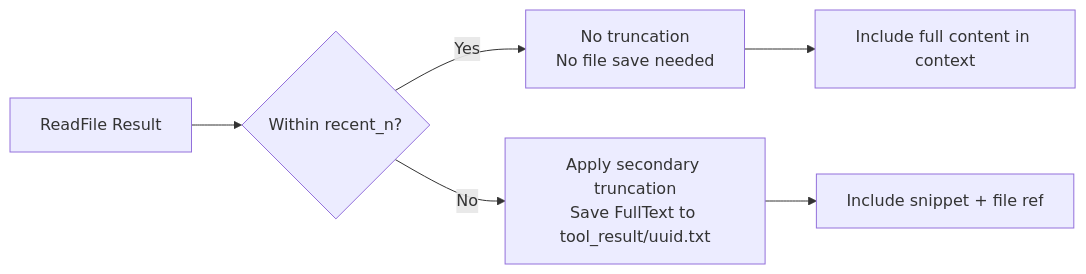
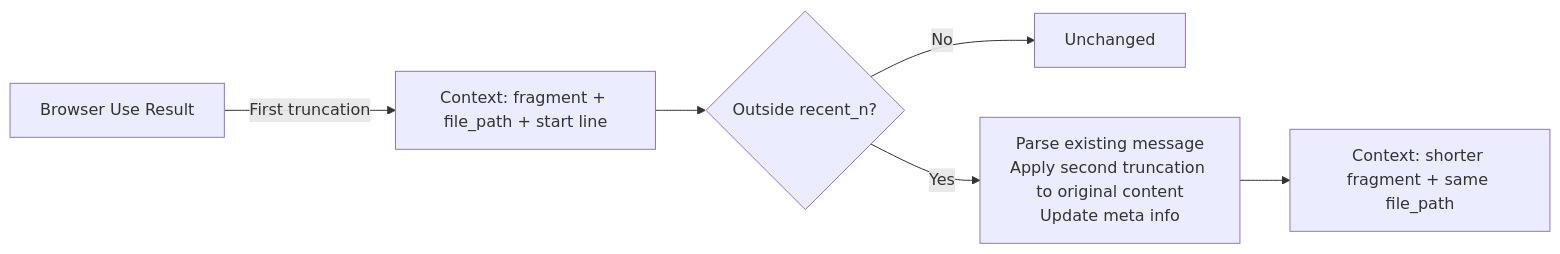
The fourth of 7 diagrams in docs/copaw_context_design.md (lllyyysss77/ReMe), drawn with Mermaid before and after one commit. The commit also changed other lines of this file and 3 other files, not shown here.

````diff
--- a/docs/copaw_context_design.md
+++ b/docs/copaw_context_design.md
@@ -88,8 +103,8 @@
 ```mermaid
 flowchart LR
-    A[ReadFile Result] --> B{Within recent_n?}
-    B -->|Yes| C[No truncation<br>No file save needed]
-    B -->|No| D[Apply secondary truncation<br>Save FullText to tool_result/uuid.txt]
-    C --> E[Include full content in context]
-    D --> F[Include snippet + file ref]
+    A[Browser Use Result] -->|First truncation| B[Context: fragment + file_path + start line]
+    B --> C{Outside recent_n?}
+    C -->|No| D[Unchanged]
+    C -->|Yes| E[Parse existing message<br>Apply second truncation to original content<br>Update meta info]
+    E --> F[Context: shorter fragment + same file_path]
 ```
````
